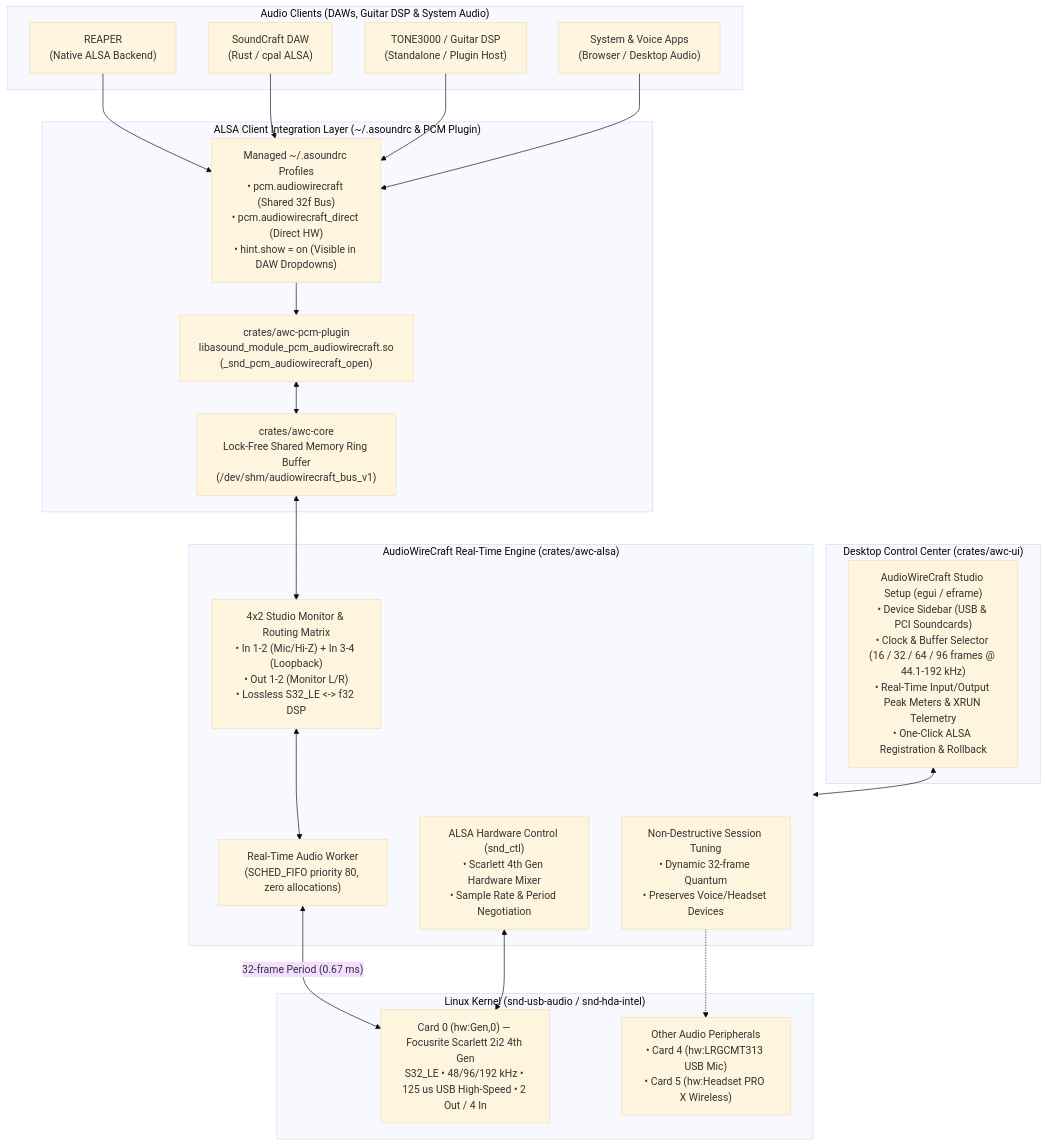
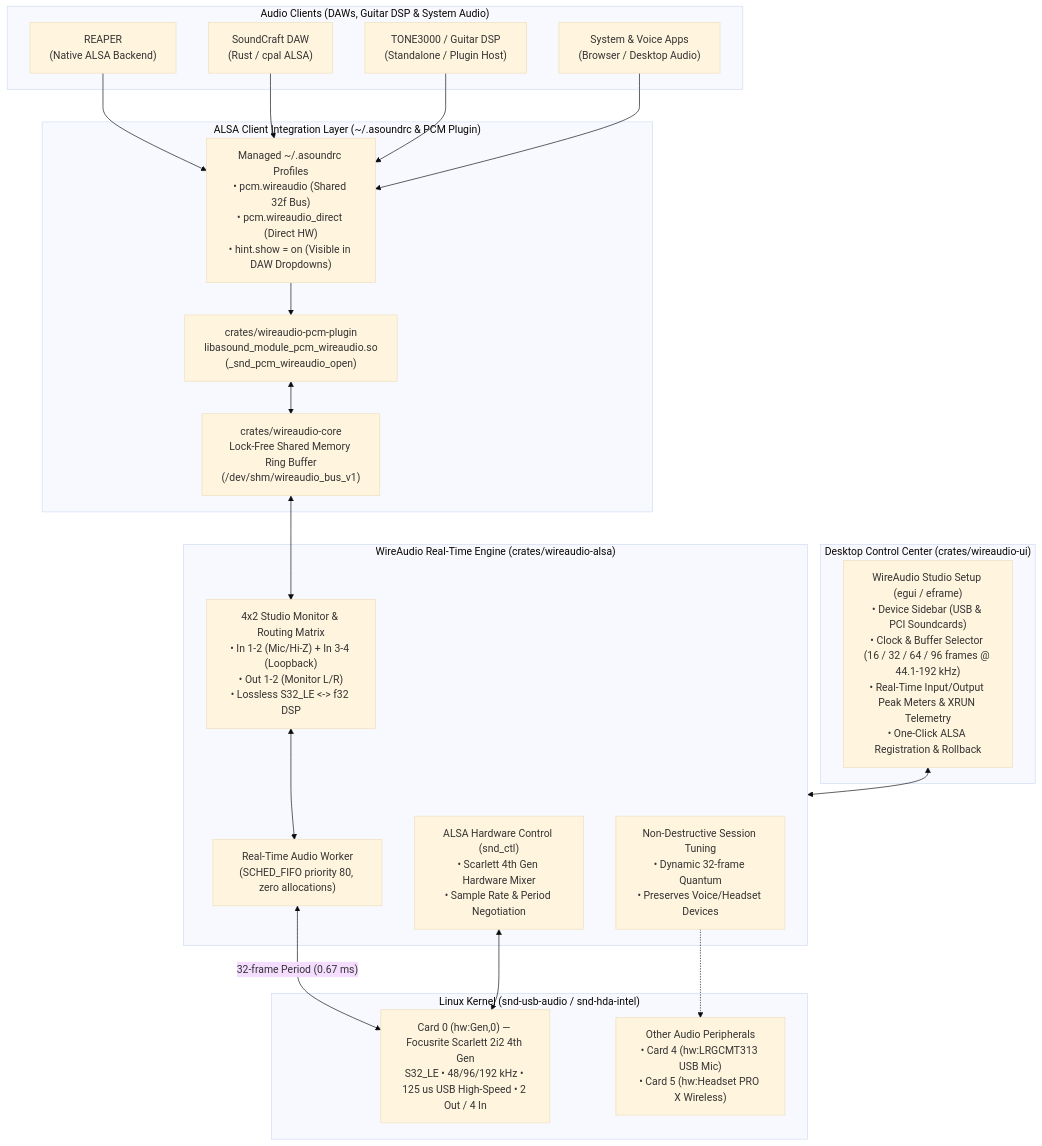
One commit to ansromanov/wireaudio changed the first of 2 diagrams in docs/ARCHITECTURE.md. Above: the diagram before and after it, drawn with Mermaid (base theme). The commit also changed other lines of this file and 22 other files, not shown here.

Commit message:
feat: rename structs and crates to wireaudio, add mantis CI and split I/O

````diff
--- a/docs/ARCHITECTURE.md
+++ b/docs/ARCHITECTURE.md
@@ -19,44 +19,44 @@
 ```mermaid
 flowchart TB
     subgraph Clients["Audio Clients (DAWs, Guitar DSP & System Audio)"]
         Reaper["REAPER\n(Native ALSA Backend)"]
         SoundCraft["SoundCraft DAW\n(Rust / cpal ALSA)"]
         Tone3000["TONE3000 / Guitar DSP\n(Standalone / Plugin Host)"]
         Desktop["System & Voice Apps\n(Browser / Desktop Audio)"]
     end
 
     subgraph AlsaLayer["ALSA Client Integration Layer (~/.asoundrc & PCM Plugin)"]
-        HintPCM["Managed ~/.asoundrc Profiles\n• pcm.audiowirecraft (Shared 32f Bus)\n• pcm.audiowirecraft_direct (Direct HW)\n• hint.show = on (Visible in DAW Dropdowns)"]
-        ExtPlugin["crates/awc-pcm-plugin\nlibasound_module_pcm_audiowirecraft.so\n(_snd_pcm_audiowirecraft_open)"]
-        ShmBus["crates/awc-core\nLock-Free Shared Memory Ring Buffer\n(/dev/shm/audiowirecraft_bus_v1)"]
+        HintPCM["Managed ~/.asoundrc Profiles\n• pcm.wireaudio (Shared 32f Bus)\n• pcm.wireaudio_direct (Direct HW)\n• hint.show = on (Visible in DAW Dropdowns)"]
+        ExtPlugin["crates/wireaudio-pcm-plugin\nlibasound_module_pcm_wireaudio.so\n(_snd_pcm_wireaudio_open)"]
+        ShmBus["crates/wireaudio-core\nLock-Free Shared Memory Ring Buffer\n(/dev/shm/wireaudio_bus_v1)"]
     end
 
-    subgraph Engine["AudioWireCraft Real-Time Engine (crates/awc-alsa)"]
+    subgraph Engine["WireAudio Real-Time Engine (crates/wireaudio-alsa)"]
         RtLoop["Real-Time Audio Worker\n(SCHED_FIFO priority 80, zero allocations)"]
         Mixer["4x2 Studio Monitor & Routing Matrix\n• In 1-2 (Mic/Hi-Z) + In 3-4 (Loopback)\n• Out 1-2 (Monitor L/R)\n• Lossless S32_LE <-> f32 DSP"]
         HwCtl["ALSA Hardware Control (snd_ctl)\n• Scarlett 4th Gen Hardware Mixer\n• Sample Rate & Period Negotiation"]
         QuantumBridge["Non-Destructive Session Tuning\n• Dynamic 32-frame Quantum\n• Preserves Voice/Headset Devices"]
     end
 
-    subgraph UI["Desktop Control Center (crates/awc-ui)"]
-        SetupUI["AudioWireCraft Studio Setup (egui / eframe)\n• Device Sidebar (USB & PCI Soundcards)\n• Clock & Buffer Selector (16 / 32 / 64 / 96 frames @ 44.1-192 kHz)\n• Real-Time Input/Output Peak Meters & XRUN Telemetry\n• One-Click ALSA Registration & Rollback"]
+    subgraph UI["Desktop Control Center (crates/wireaudio-ui)"]
+        SetupUI["WireAudio Studio Setup (egui / eframe)\n• Device Sidebar (USB & PCI Soundcards)\n• Clock & Buffer Selector (16 / 32 / 64 / 96 frames @ 44.1-192 kHz)\n• Real-Time Input/Output Peak Meters & XRUN Telemetry\n• One-Click ALSA Registration & Rollback"]
     end
 
     subgraph Kernel["Linux Kernel (snd-usb-audio / snd-hda-intel)"]
         Scarlett["Card 0 (hw:Gen,0) — Focusrite Scarlett 2i2 4th Gen\nS32_LE • 48/96/192 kHz • 125 us USB High-Speed • 2 Out / 4 In"]
         Peripherals["Other Audio Peripherals\n• Card 4 (hw:LRGCMT313 USB Mic)\n• Card 5 (hw:Headset PRO X Wireless)"]
     end
 
     Reaper --> HintPCM
     SoundCraft --> HintPCM
     Tone3000 --> HintPCM
     Desktop --> HintPCM
     HintPCM --> ExtPlugin
     ExtPlugin <--> ShmBus
     ShmBus <--> Mixer
     Mixer <--> RtLoop
     RtLoop <-->|"32-frame Period (0.67 ms)"| Scarlett
     HwCtl <--> Scarlett
     QuantumBridge -.-> Peripherals
     SetupUI <--> Engine
 ```
````
